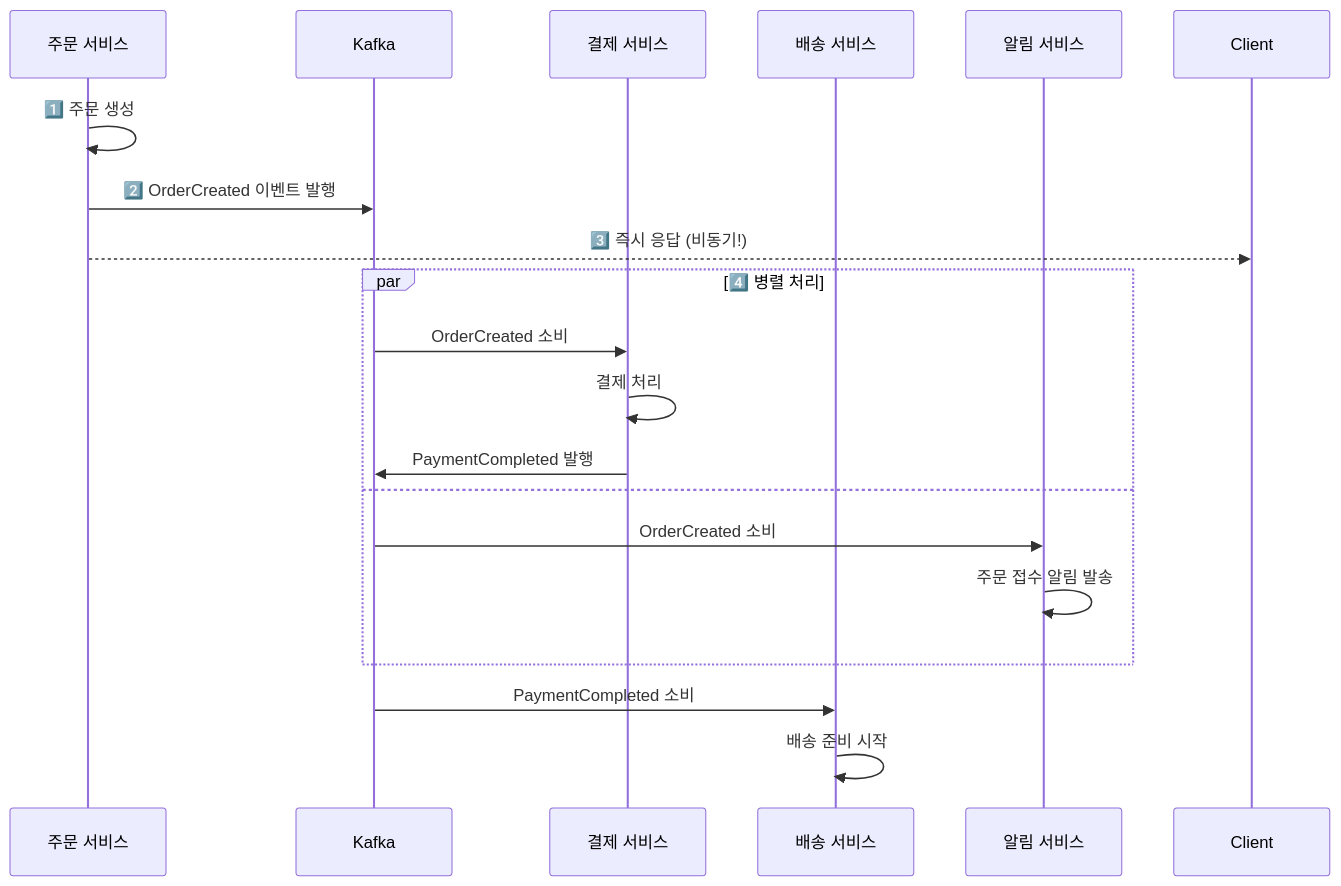
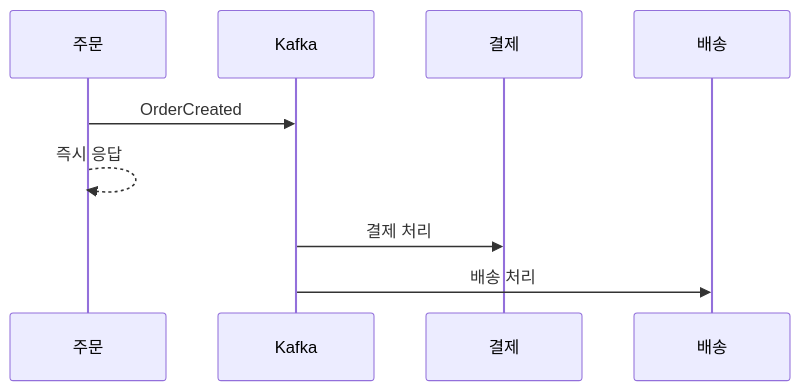
Before and after one commit to yjkim2015/yjkim2015.github.io: the eighth of 15 diagrams in _posts/architecture/2026-05-02-msa-deep.md, drawn with Mermaid. The commit also changed other lines of this file and 215 other files, not shown here.

First line of the commit message:
신규 포스트 10개 추가 + Mermaid 전면 축소 + SystemDesign 시리즈 보강

````diff
--- a/_posts/architecture/2026-05-02-msa-deep.md
+++ b/_posts/architecture/2026-05-02-msa-deep.md
@@ -277,24 +211,11 @@
 ```mermaid
 sequenceDiagram
-    participant OS as 주문 서비스
-    participant Kafka as Kafka
-    participant PS as 결제 서비스
-    participant DS as 배송 서비스
-    participant NS as 알림 서비스
-
-    OS->>OS: 1️⃣ 주문 생성
-    OS->>Kafka: 2️⃣ OrderCreated 이벤트 발행
-    OS-->>Client: 3️⃣ 즉시 응답 (비동기!)
-
-    par 4️⃣ 병렬 처리
-        Kafka->>PS: OrderCreated 소비
-        PS->>PS: 결제 처리
-        PS->>Kafka: PaymentCompleted 발행
-    and
-        Kafka->>NS: OrderCreated 소비
-        NS->>NS: 주문 접수 알림 발송
-    end
-
-    Kafka->>DS: PaymentCompleted 소비
-    DS->>DS: 배송 준비 시작
+    participant OS as 주문
+    participant K as Kafka
+    participant PS as 결제
+    participant DS as 배송
+    OS->>K: OrderCreated
+    OS-->>OS: 즉시 응답
+    K->>PS: 결제 처리
+    K->>DS: 배송 처리
 ```
````
